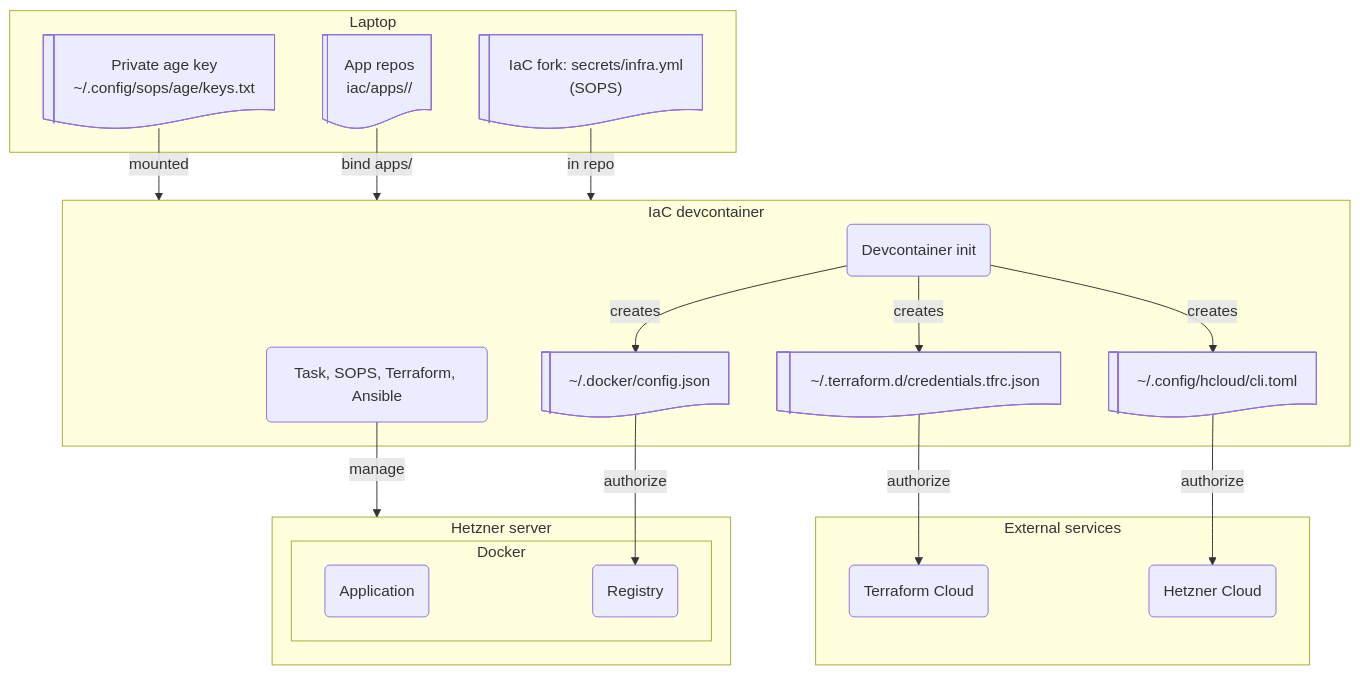
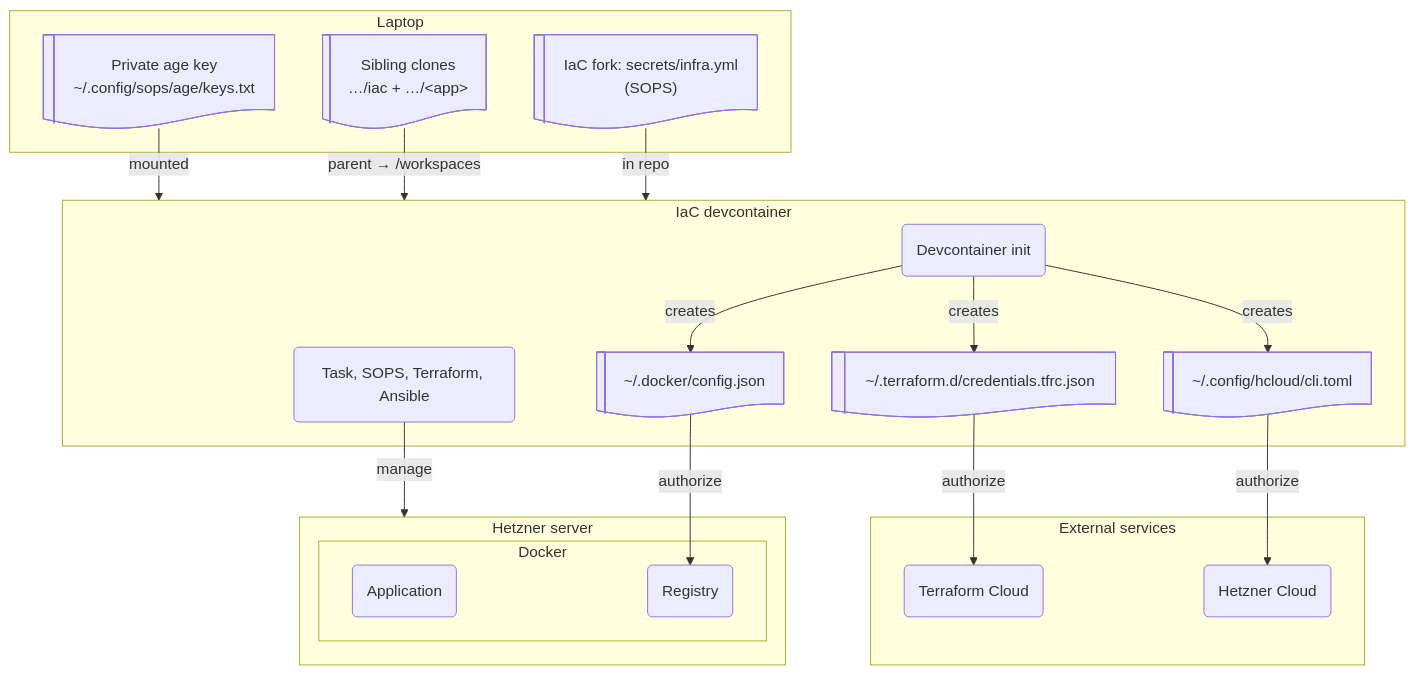
Before and after one commit to rednaw/iac: the diagram in docs/launch-devcontainer.md, drawn with Mermaid. The commit also changed other lines of this file and 22 other files, not shown here.

````diff
--- a/docs/launch-devcontainer.md
+++ b/docs/launch-devcontainer.md
@@ -54,42 +53,42 @@
 ```mermaid
 flowchart TB
     subgraph HOST["Laptop"]
         SECRETS_KEY@{ shape: lin-doc, label: "Private age key<br/>~/.config/sops/age/keys.txt" }
-        APPS@{ shape: lin-doc, label: "App repos<br/>iac/apps/<name>/" }
+        APPS@{ shape: lin-doc, label: "Sibling clones<br/>…/iac + …/&lt;app&gt;" }
         FORK_SEC@{ shape: lin-doc, label: "IaC fork: secrets/infra.yml<br/>(SOPS)" }
     end
 
     subgraph DEVCONTAINER["IaC devcontainer"]
         TOOLS(Task, SOPS, Terraform, Ansible)
         SETUP(Devcontainer init)
         DOCKER_CONFIG@{ shape: lin-doc, label: "~/.docker/config.json" }
         TF_CRED@{ shape: lin-doc, label: "~/.terraform.d/credentials.tfrc.json" }
         HCLOUD_CONFIG@{ shape: lin-doc, label: "~/.config/hcloud/cli.toml" }
     end
 
     subgraph EXTERNAL["External services"]
         TF_CLOUD(Terraform Cloud)
         HCLOUD(Hetzner Cloud)
     end
 
     subgraph SERVER["Hetzner server"]
       subgraph DOCKER[Docker]
         APP_SERVICE(Application)
         REGISTRY(Registry)
       end
     end
 
     SECRETS_KEY --->|mounted| DEVCONTAINER
-    APPS --->|bind apps/| DEVCONTAINER
+    APPS --->|parent → /workspaces| DEVCONTAINER
     FORK_SEC --->|in repo| DEVCONTAINER
 
     SETUP -->|creates| DOCKER_CONFIG
     SETUP -->|creates| TF_CRED
     SETUP -->|creates| HCLOUD_CONFIG
 
     TOOLS -->|manage| SERVER
 
     DOCKER_CONFIG -->|authorize| REGISTRY
     TF_CRED -->|authorize| TF_CLOUD
     HCLOUD_CONFIG -->|authorize| HCLOUD
 ```
````
